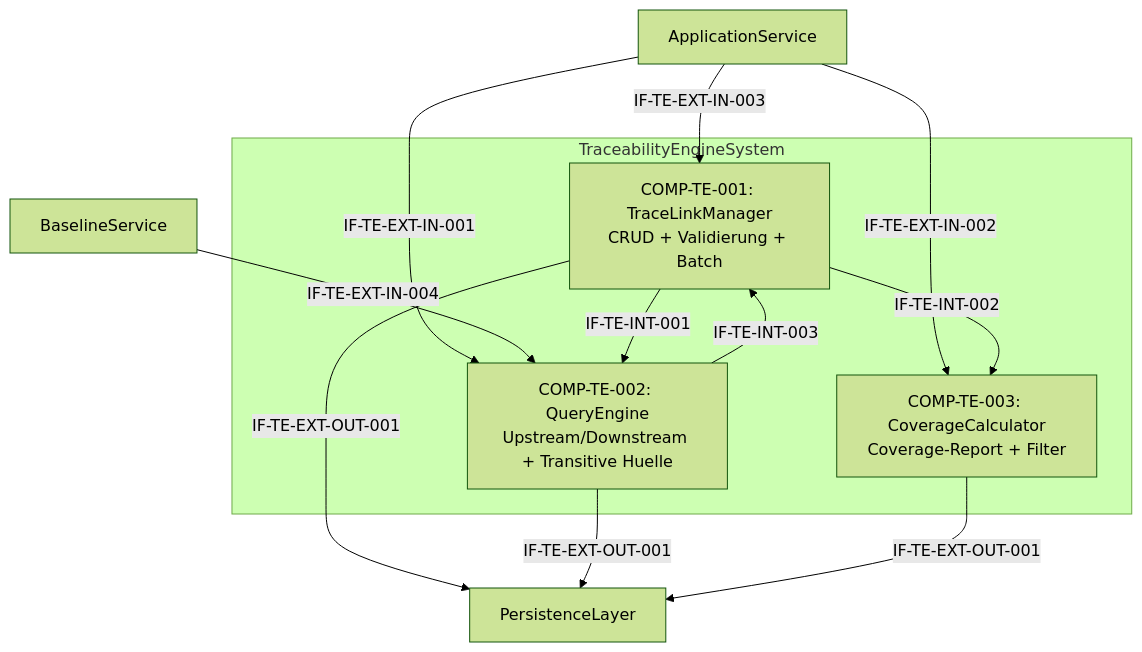
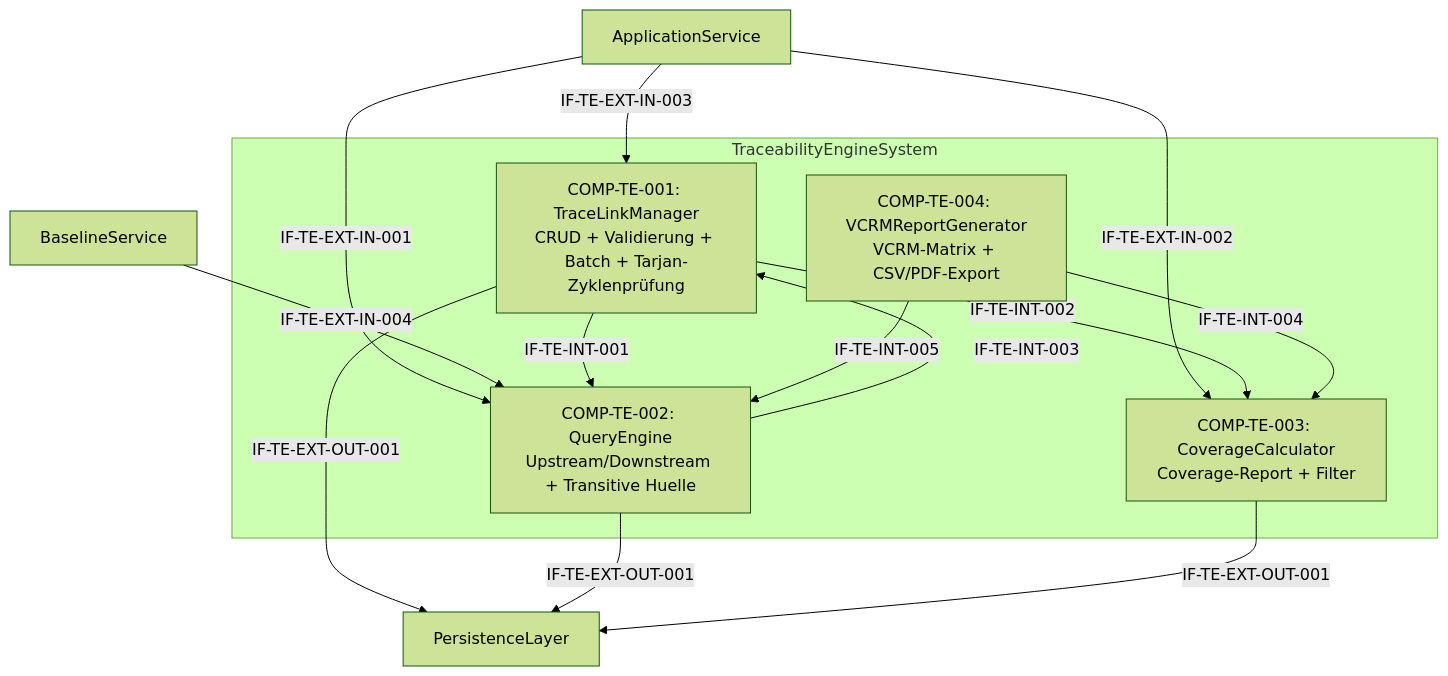
Before and after one commit to Popoboxxo/ReqogniLoom: the diagram in docs/se/L1/Gesamtsystem/L2/TraceabilityEngineSystem/L2_TraceabilityEngineSystem_Architecture.md, drawn with Mermaid (forest theme). The commit also changed other lines of this file and 1 other file, not shown here.

Commit message:
feat(REQ-L2-TE-013): add VCRM report generator and extend cycle prevention to all link types

````diff
--- a/docs/se/L1/Gesamtsystem/L2/TraceabilityEngineSystem/L2_TraceabilityEngineSystem_Architecture.md
+++ b/docs/se/L1/Gesamtsystem/L2/TraceabilityEngineSystem/L2_TraceabilityEngineSystem_Architecture.md
@@ -51,21 +54,24 @@
 ```mermaid
 flowchart TD
     subgraph TraceabilityEngineSystem
-        C001["COMP-TE-001: TraceLinkManager<br/>CRUD + Validierung + Batch"]
+        C001["COMP-TE-001: TraceLinkManager<br/>CRUD + Validierung + Batch + Tarjan-Zyklenprüfung"]
         C002["COMP-TE-002: QueryEngine<br/>Upstream/Downstream + Transitive Huelle"]
         C003["COMP-TE-003: CoverageCalculator<br/>Coverage-Report + Filter"]
+        C004["COMP-TE-004: VCRMReportGenerator<br/>VCRM-Matrix + CSV/PDF-Export"]
     end
 
     ext_in1["ApplicationService"] -->|IF-TE-EXT-IN-001| C002
     ext_in1 -->|IF-TE-EXT-IN-002| C003
     ext_in1 -->|IF-TE-EXT-IN-003| C001
     ext_in2["BaselineService"] -->|IF-TE-EXT-IN-004| C002
 
     C001 -->|IF-TE-INT-001| C002
     C001 -->|IF-TE-INT-002| C003
     C002 -->|IF-TE-INT-003| C001
+    C004 -->|IF-TE-INT-004| C003
+    C004 -->|IF-TE-INT-005| C002
 
     C001 -->|IF-TE-EXT-OUT-001| ext_db["PersistenceLayer"]
     C002 -->|IF-TE-EXT-OUT-001| ext_db
     C003 -->|IF-TE-EXT-OUT-001| ext_db
 ```
````
